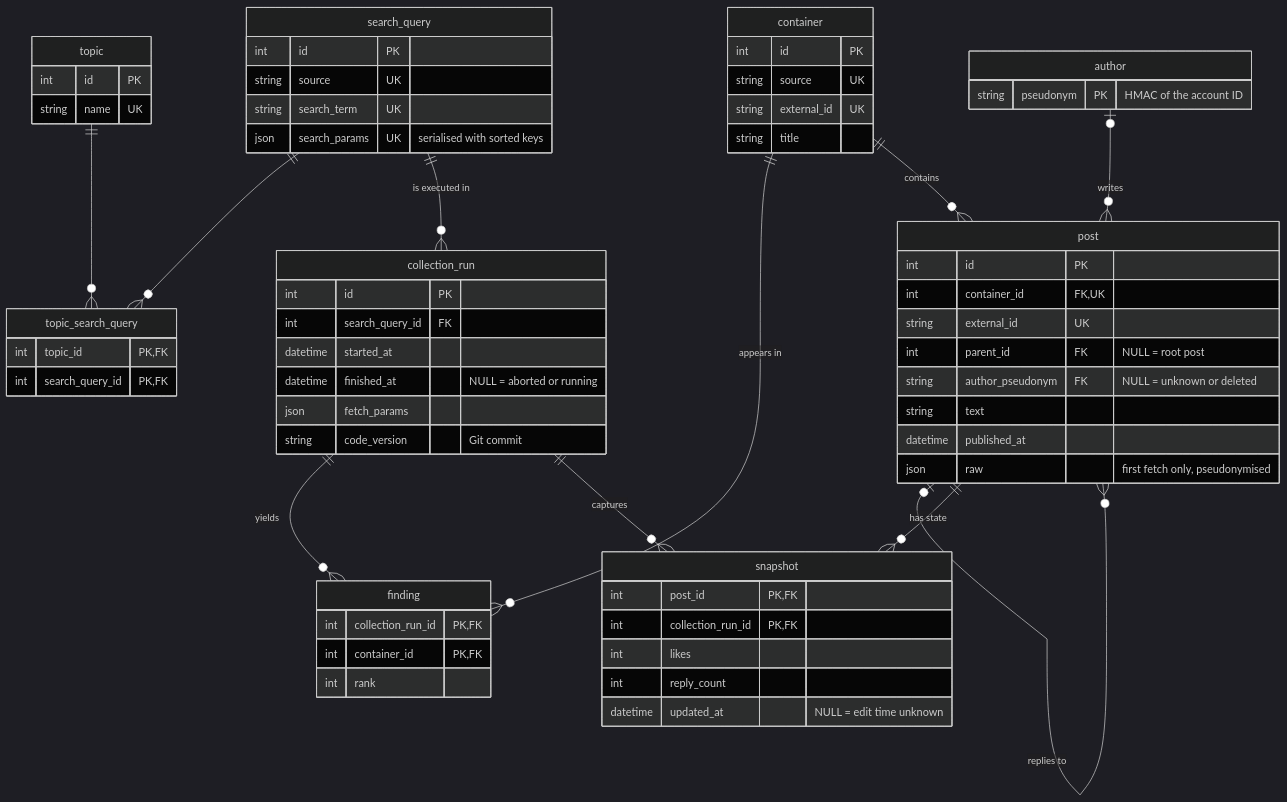
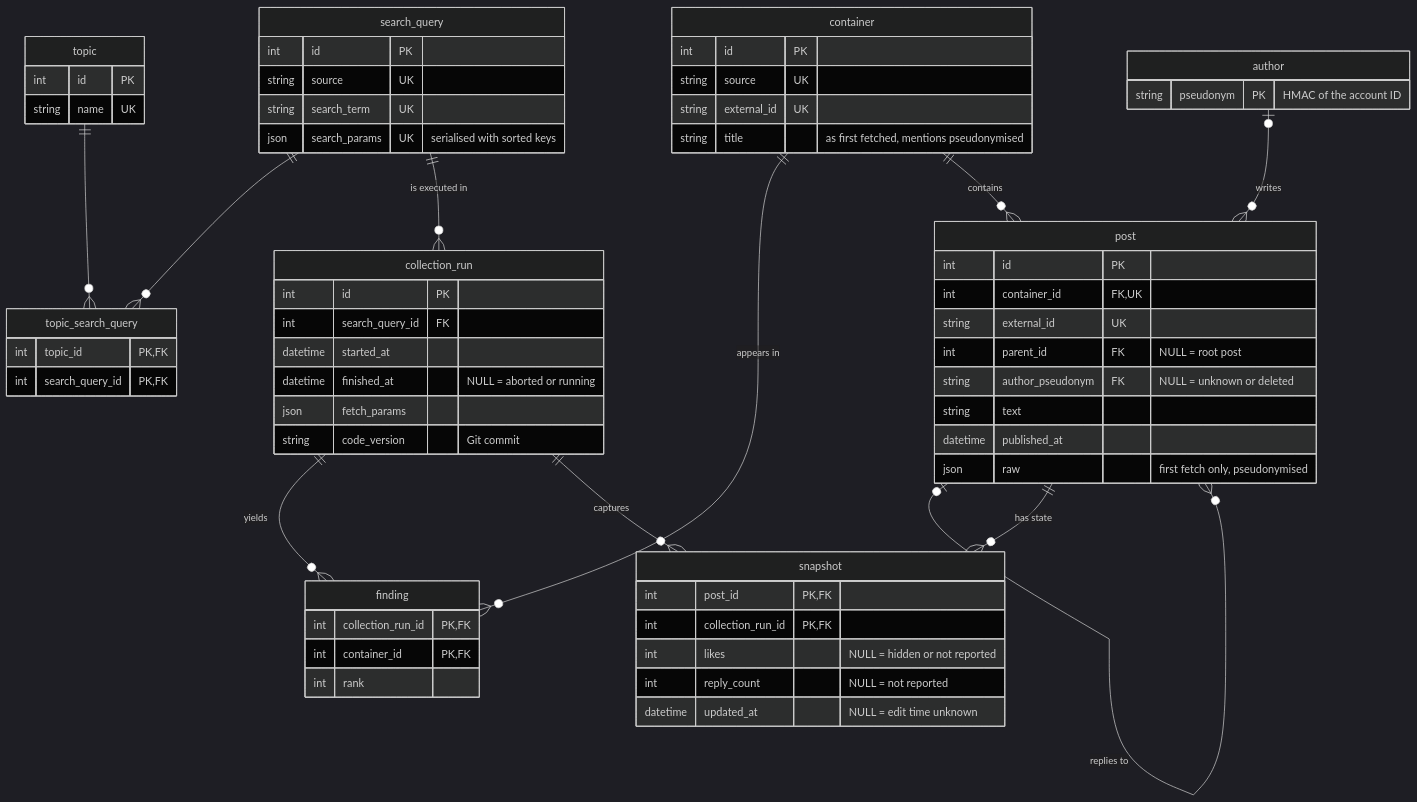
The first of 3 diagrams in docs/data-model.md (idt-fhac/radar-pipeline), drawn with Mermaid (dark theme) before and after one commit. The commit also changed other lines of this file, not shown here.

First line of the commit message:
docs: update the data model diagrams

````diff
--- a/docs/data-model.md
+++ b/docs/data-model.md
@@ -11,50 +11,50 @@
 ```mermaid
 erDiagram
     topic ||--o{ topic_search_query : ""
     search_query ||--o{ topic_search_query : ""
     search_query ||--o{ collection_run : "is executed in"
     collection_run ||--o{ finding : yields
     container ||--o{ finding : "appears in"
     container ||--o{ post : contains
     author |o--o{ post : writes
     post |o--o{ post : "replies to"
     post ||--o{ snapshot : "has state"
     collection_run ||--o{ snapshot : captures
 
     topic { int id PK
             string name UK }
     topic_search_query { int topic_id PK, FK
                          int search_query_id PK, FK }
     search_query { int id PK
                    string source UK
                    string search_term UK
                    json search_params UK "serialised with sorted keys" }
     collection_run { int id PK
                      int search_query_id FK
                      datetime started_at
                      datetime finished_at "NULL = aborted or running"
                      json fetch_params
                      string code_version "Git commit" }
     finding { int collection_run_id PK, FK
               int container_id PK, FK
               int rank }
     container { int id PK
                 string source UK
                 string external_id UK
-                string title }
+                string title "as first fetched, mentions pseudonymised" }
     author { string pseudonym PK "HMAC of the account ID" }
     post { int id PK
            int container_id FK, UK
            string external_id UK
            int parent_id FK "NULL = root post"
            string author_pseudonym FK "NULL = unknown or deleted"
            string text
            datetime published_at
            json raw "first fetch only, pseudonymised"
            }
     snapshot { int post_id PK, FK
                int collection_run_id PK, FK
-               int likes
-               int reply_count
+               int likes "NULL = hidden or not reported"
+               int reply_count "NULL = not reported"
                datetime updated_at "NULL = edit time unknown" }
 ```
````
